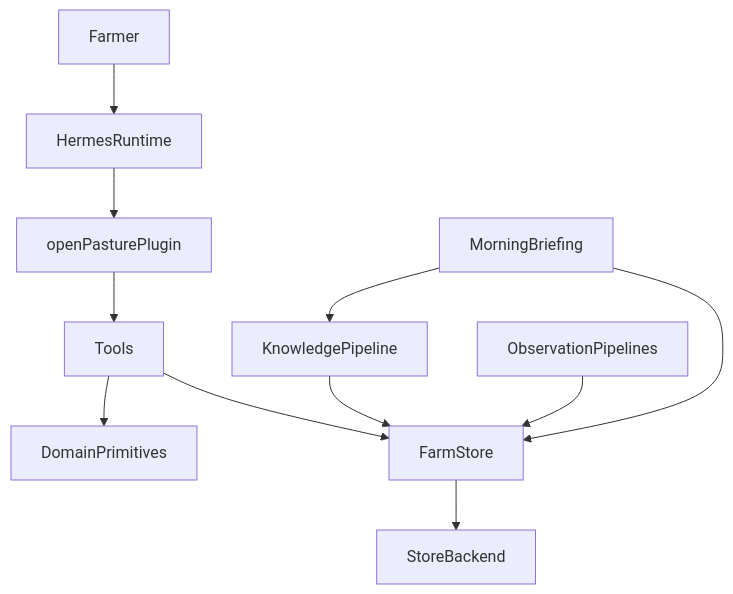
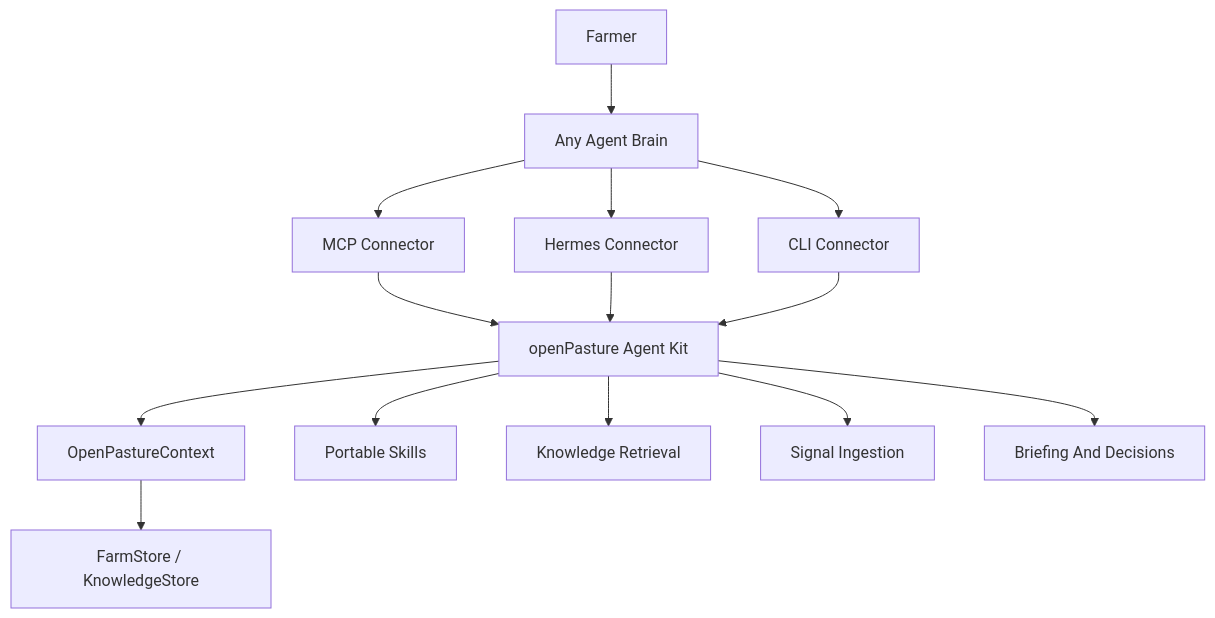
The diagram in docs/architecture.md (open-pasture/openpasture-agent-kit), drawn with Mermaid before and after one commit. The commit also changed other lines of this file and 37 other files, not shown here.

First line of the commit message:
Reframe repo as openPasture agent kit.

````diff
--- a/docs/architecture.md
+++ b/docs/architecture.md
@@ -15,24 +5,16 @@
 ```mermaid
 flowchart TD
-    Farmer[Farmer]
-    Hermes[HermesRuntime]
-    Plugin[openPasturePlugin]
-    Tools[Tools]
-    Domain[DomainPrimitives]
-    Store[FarmStore]
-    Knowledge[KnowledgePipeline]
-    Ingestion[ObservationPipelines]
-    Briefing[MorningBriefing]
-    Backend[StoreBackend]
-
-    Farmer --> Hermes
-    Hermes --> Plugin
-    Plugin --> Tools
-    Tools --> Domain
-    Tools --> Store
-    Knowledge --> Store
-    Ingestion --> Store
-    Briefing --> Store
-    Briefing --> Knowledge
-    Store --> Backend
+    Farmer[Farmer] --> AgentBrain["Any Agent Brain"]
+    AgentBrain --> MCP["MCP Connector"]
+    AgentBrain --> Hermes["Hermes Connector"]
+    AgentBrain --> CLI["CLI Connector"]
+    MCP --> Toolkit["openPasture Agent Kit"]
+    Hermes --> Toolkit
+    CLI --> Toolkit
+    Toolkit --> Context["OpenPastureContext"]
+    Context --> Store["FarmStore / KnowledgeStore"]
+    Toolkit --> Skills["Portable Skills"]
+    Toolkit --> Knowledge["Knowledge Retrieval"]
+    Toolkit --> Ingestion["Signal Ingestion"]
+    Toolkit --> Briefing["Briefing And Decisions"]
 ```
````
